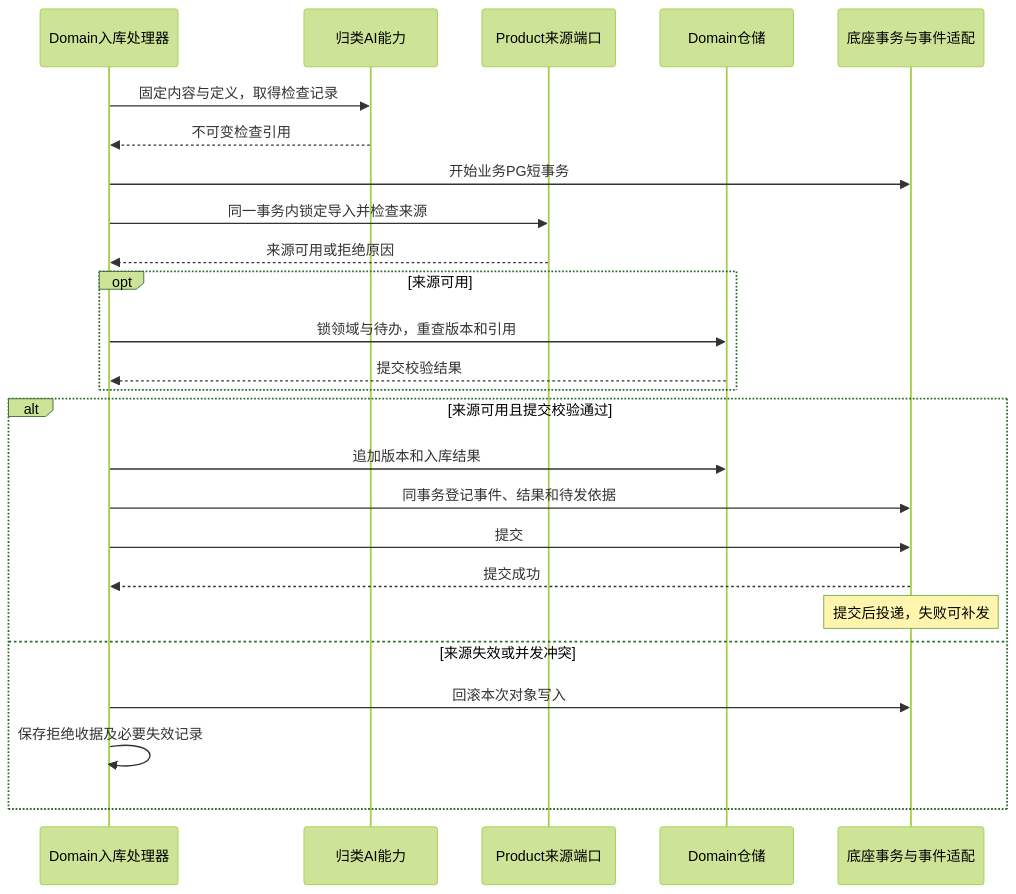
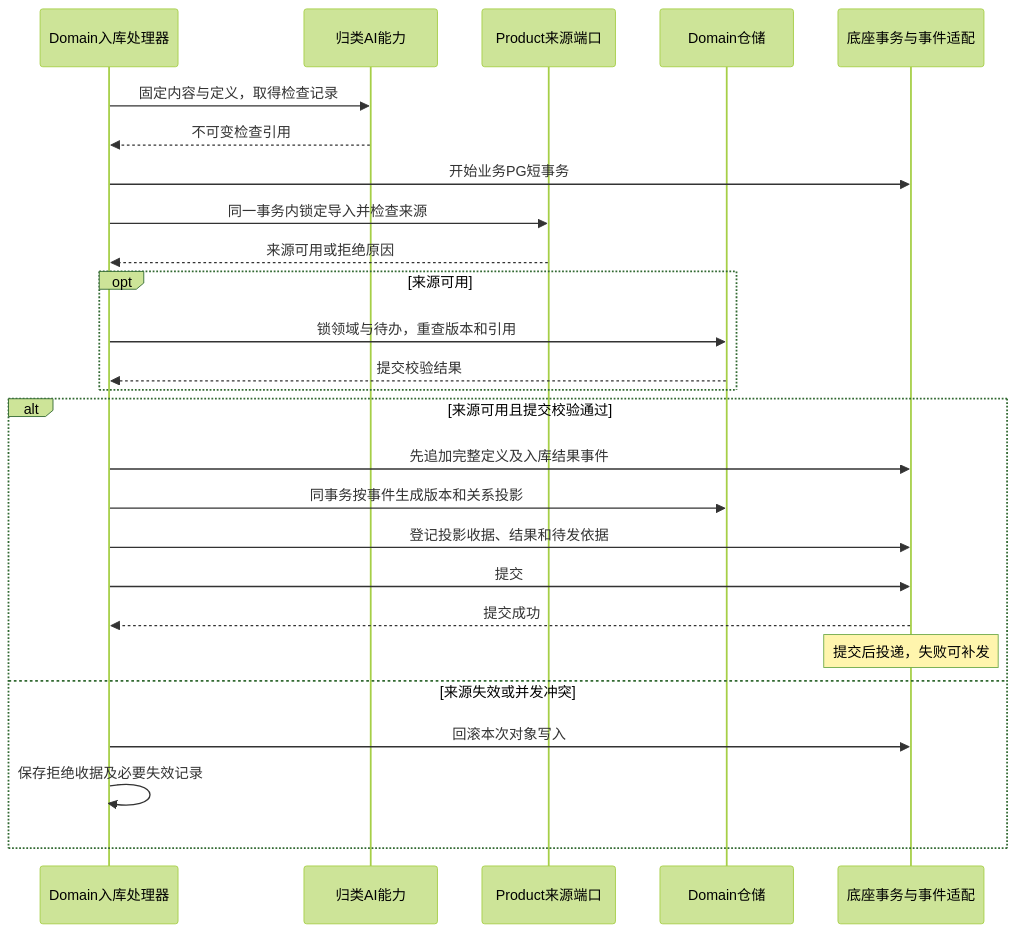
The second of 2 diagrams in doc/mvp/m1/engineering/Domain_Space_Design.md (ivgotcrazy/deermind), drawn with Mermaid (forest theme) before and after one commit. The commit also changed other lines of this file and 33 other files, not shown here.

````diff
--- a/doc/mvp/m1/engineering/Domain_Space_Design.md
+++ b/doc/mvp/m1/engineering/Domain_Space_Design.md
@@ -491,27 +493,28 @@
 ```mermaid
 sequenceDiagram
     participant H as Domain入库处理器
     participant A as 归类AI能力
     participant P as Product来源端口
     participant D as Domain仓储
     participant R as 底座事务与事件适配
     H->>A: 固定内容与定义，取得检查记录
     A-->>H: 不可变检查引用
     H->>R: 开始业务PG短事务
     H->>P: 同一事务内锁定导入并检查来源
     P-->>H: 来源可用或拒绝原因
     opt 来源可用
         H->>D: 锁领域与待办，重查版本和引用
         D-->>H: 提交校验结果
     end
     alt 来源可用且提交校验通过
-        H->>D: 追加版本和入库结果
-        H->>R: 同事务登记事件、结果和待发依据
+        H->>R: 先追加完整定义及入库结果事件
+        H->>D: 同事务按事件生成版本和关系投影
+        H->>R: 登记投影收据、结果和待发依据
         H->>R: 提交
         R-->>H: 提交成功
         Note over R: 提交后投递，失败可补发
     else 来源失效或并发冲突
         H->>R: 回滚本次对象写入
         H->>H: 保存拒绝收据及必要失效记录
     end
 ```
````
